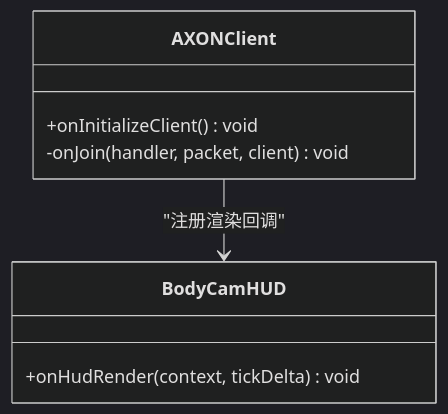
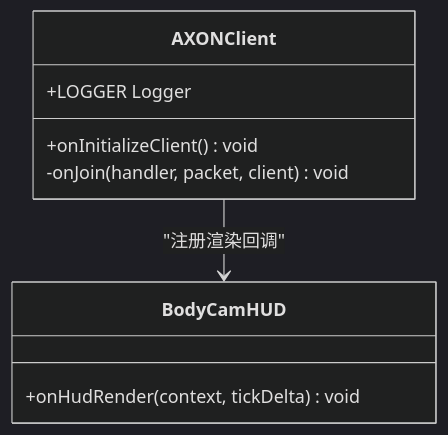
One commit to Manager20211/AxonBodyCam2 changed the third of 5 diagrams in .qoder/repowiki/zh/content/模组生命周期管理/客户端模组初始化.md. Above: the diagram before and after it, drawn with Mermaid (dark theme). The commit also changed other lines of this file and 11 other files, not shown here.

````diff
--- a/.qoder/repowiki/zh/content/模组生命周期管理/客户端模组初始化.md
+++ b/.qoder/repowiki/zh/content/模组生命周期管理/客户端模组初始化.md
@@ -126,11 +146,12 @@
 ```mermaid
 classDiagram
 class AXONClient {
 +onInitializeClient() void
 -onJoin(handler, packet, client) void
++LOGGER Logger
 }
 class BodyCamHUD {
 +onHudRender(context, tickDelta) void
 }
 AXONClient --> BodyCamHUD : "注册渲染回调"
 ```
````
